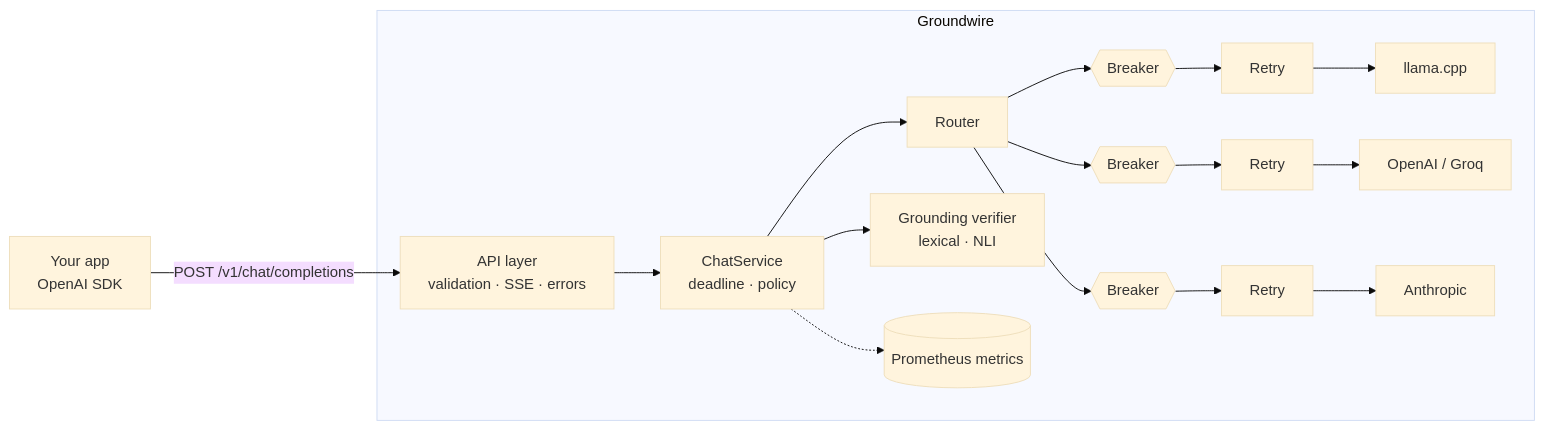
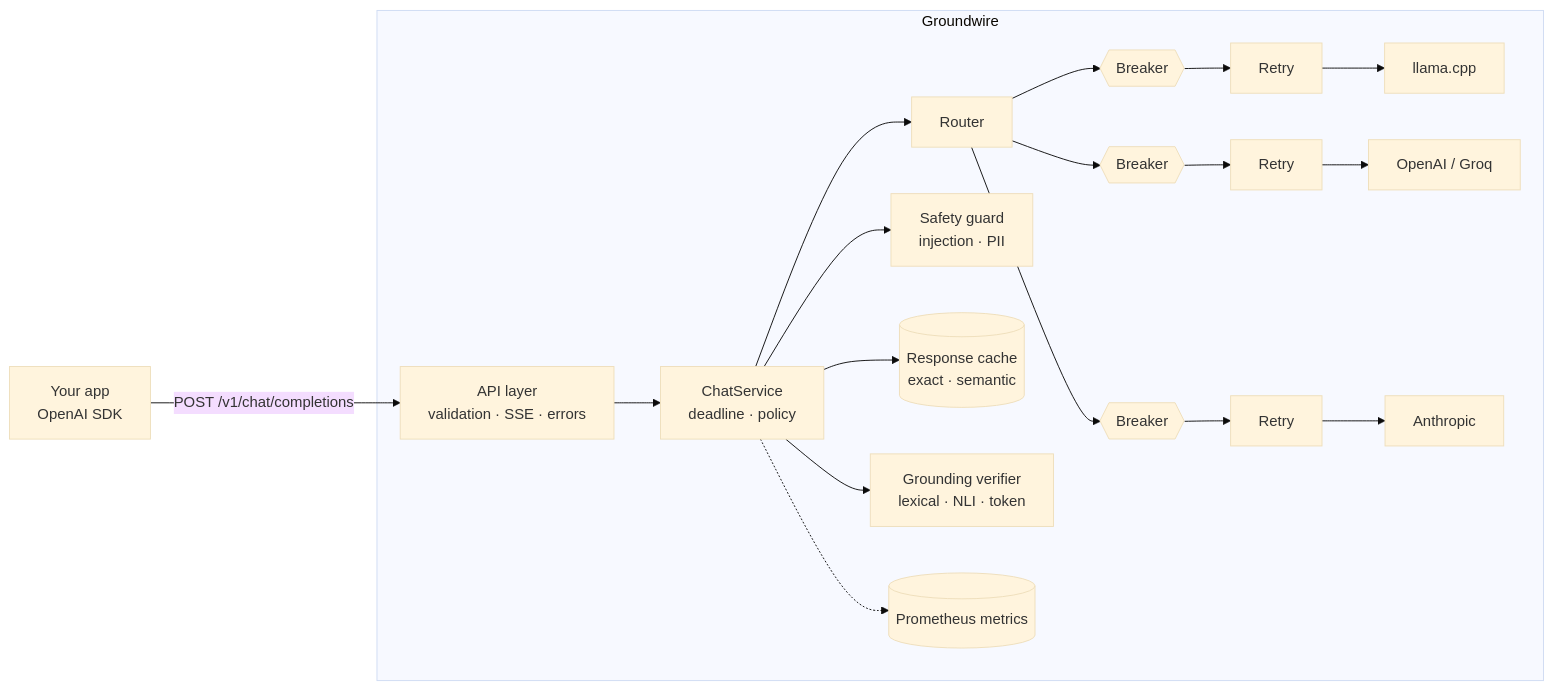
One commit to apmg001/groundwire changed the diagram in README.md. Above: the diagram before and after it, drawn with Mermaid (base theme). The commit also changed other lines of this file and 18 other files, not shown here.

First line of the commit message:
feat(cache): exact + semantic response cache with request coalescing

````diff
--- a/README.md
+++ b/README.md
@@ -21,14 +24,16 @@
 ```mermaid
 flowchart LR
     App[Your app<br/>OpenAI SDK] -->|POST /v1/chat/completions| API
 
     subgraph Groundwire
         API[API layer<br/>validation · SSE · errors] --> SVC[ChatService<br/>deadline · policy]
         SVC --> RT[Router]
         RT --> CB1{{Breaker}} --> R1[Retry] --> P1[llama.cpp]
         RT --> CB2{{Breaker}} --> R2[Retry] --> P2[OpenAI / Groq]
         RT --> CB3{{Breaker}} --> R3[Retry] --> P3[Anthropic]
-        SVC --> GV[Grounding verifier<br/>lexical · NLI]
+        SVC --> SG[Safety guard<br/>injection · PII]
+        SVC --> RC[(Response cache<br/>exact · semantic)]
+        SVC --> GV[Grounding verifier<br/>lexical · NLI · token]
         SVC -.-> M[(Prometheus metrics)]
     end
 ```
````
